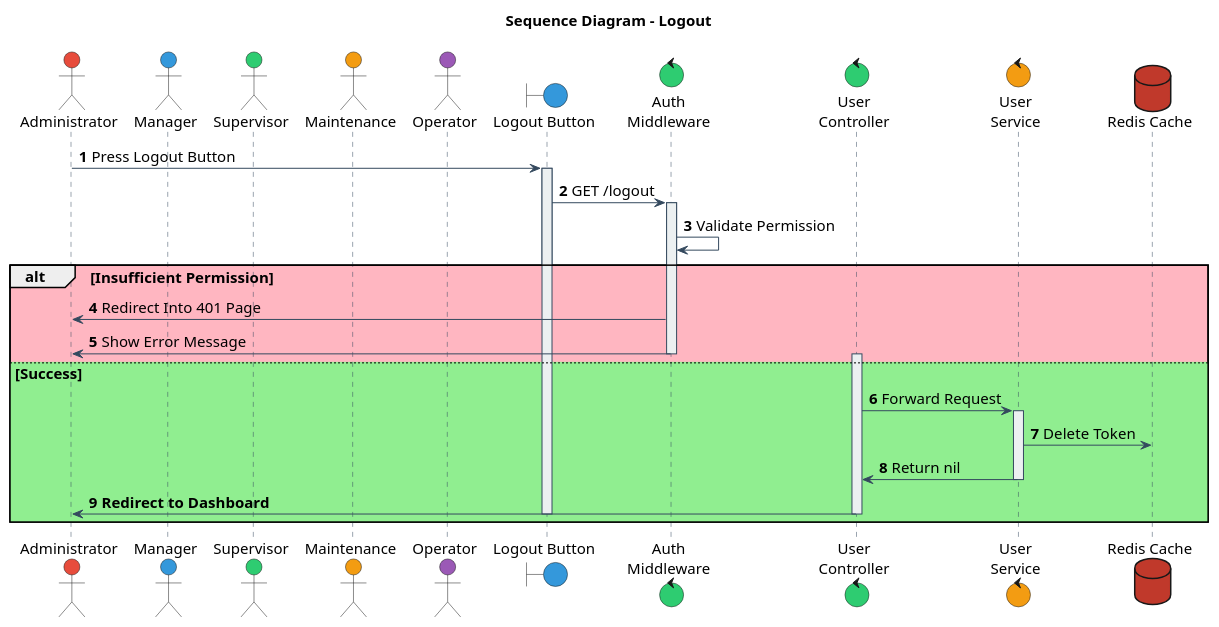
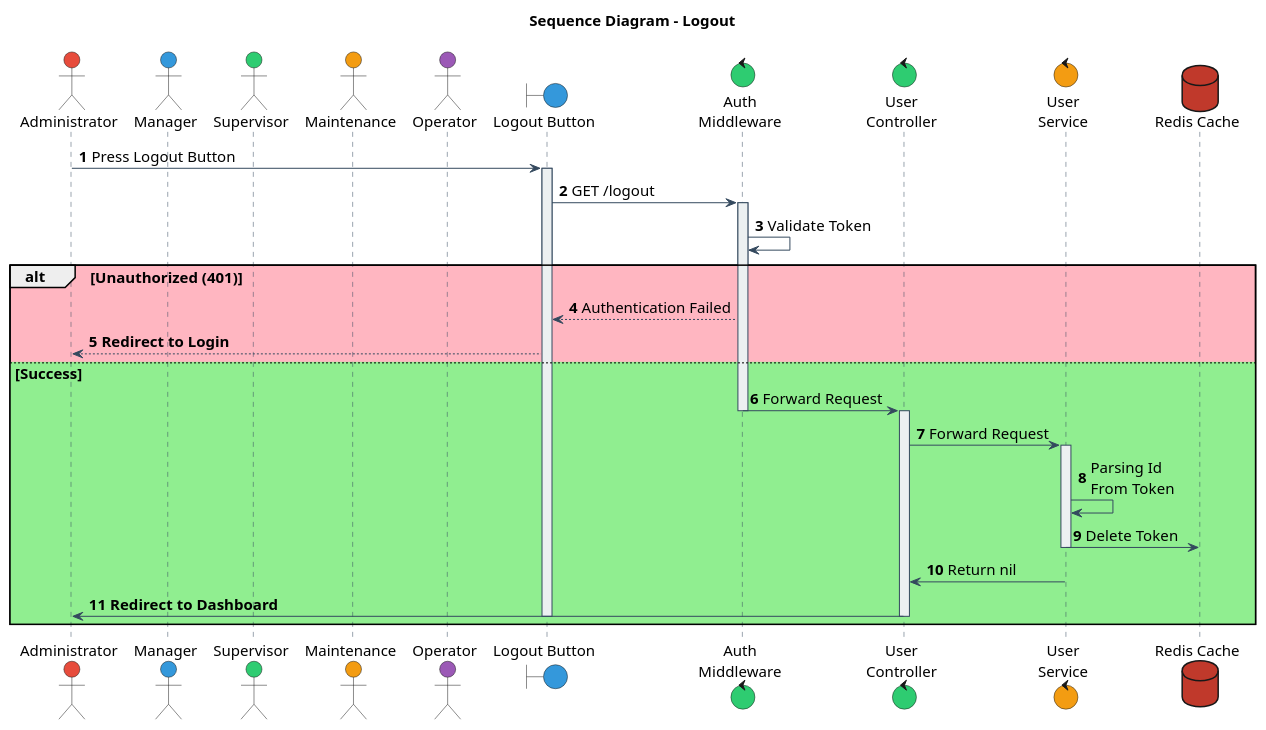
Before and after one commit to IntConnect/go-intconnect-api: the diagram in documentation/sequence/authentication/logout.puml, drawn with PlantUML. The commit also changed 26 other files, not shown here.

Commit message:
feat(activity, sequence): Add some activity and sequence diagram

```diff
--- a/documentation/sequence/authentication/logout.puml
+++ b/documentation/sequence/authentication/logout.puml
@@ -1,75 +1,81 @@
 @startuml
 
 ' Font configuration
 skinparam defaultFontName Times New Roman
 skinparam defaultFontSize 15
 
 ' Participant styling
 skinparam participant {
     BackgroundColor #ECF0F1
     BorderColor #34495E
     FontColor Black
     FontName Times New Roman
     FontSize 15
 }
 
 skinparam sequence {
     ArrowColor #34495E
     LifeLineBorderColor #34495E
     LifeLineBackgroundColor #ECF0F1
     ArrowFontName Times New Roman
     ArrowFontSize 15
 }
 
 skinparam actorFontSize 15
 skinparam noteFontSize 15
 skinparam noteFontName "Times New Roman"
 
 ' Actors and components
 actor "Administrator" as admin #E74C3C
 actor "Manager" as mgr #3498DB
 actor "Supervisor" as spv #2ECC71
 actor "Maintenance" as mtn #F39C12
 actor "Operator" as op #9B59B6
 boundary "Logout Button" as boundLogout #3498DB
 control "Auth\nMiddleware" as authMiddleware #2ECC71
 control "User\nController" as userController #2ECC71
 control "User\nService" as userService #F39C12
 database "Redis Cache" as dbRedis #C0392B
 
 title
 <size:15><b>Sequence Diagram - Logout</b></size>
 ----
 end title
 
 autonumber
 
 ' === MAIN FLOW ===
 admin -> boundLogout: Press Logout Button
 activate boundLogout
 
 boundLogout -> authMiddleware: GET /logout
 
 activate authMiddleware
-authMiddleware->authMiddleware: Validate Permission
+authMiddleware->authMiddleware: Validate Token
 
-alt #LightPink Insufficient Permission
-    authMiddleware->admin: Redirect Into 401 Page
-    authMiddleware->admin: Show Error Message
-else #LightGreen Success
-deactivate authMiddleware
-activate userController
-userController -> userService: Forward Request
-activate userService
+alt #LightPink Unauthorized (401)
+    authMiddleware --> boundLogout: Authentication Failed
+    boundLogout --> admin: **Redirect to Login**
+    else #LightGreen Success
+    authMiddleware -> userController: Forward Request
+    deactivate authMiddleware
+   activate userController
+    userController -> userService: Forward Request
+    activate userService
+    userService -> userService: Parsing Id\nFrom Token
+   userService -> dbRedis: Delete Token
+   deactivate userService
+    userService -> userController: Return nil
+    deactivate userService
+    userController -> admin:  **Redirect to Dashboard**
+    deactivate boundLogout
+deactivate userController
+    activate userService
+
 
 ' === FIND USER ===
-userService -> dbRedis: Delete Token
-userService -> userController: Return nil
-deactivate userService
-userController -> admin:  **Redirect to Dashboard**
-deactivate userController
-deactivate boundLogout
+
 
 end
 
 @enduml
```
